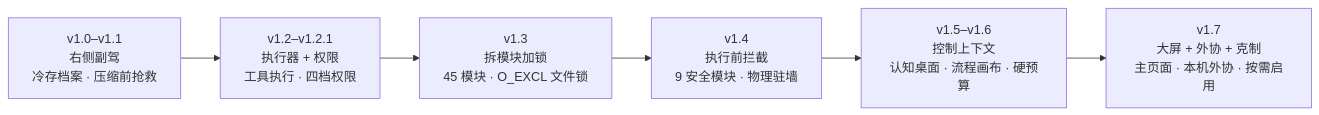
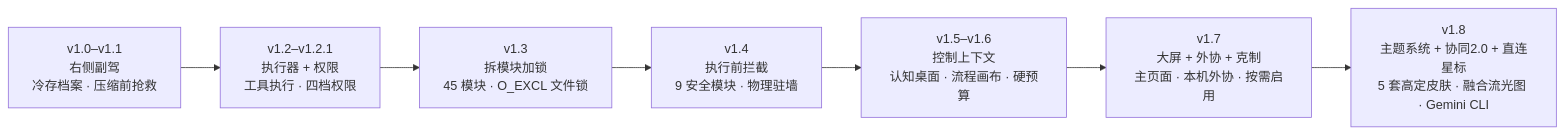
The second of 3 diagrams in data/readmes/gluztm__dsh-chief.md (zqf20096327/ai_collect), drawn with Mermaid before and after one commit. The commit also changed other lines of this file and 3185 other files, not shown here.

````diff
--- a/data/readmes/gluztm__dsh-chief.md
+++ b/data/readmes/gluztm__dsh-chief.md
@@ -236,8 +237,9 @@
 ```mermaid
 flowchart LR
   A["v1.0–v1.1\n右侧副驾\n冷存档案 · 压缩前抢救"] --> B["v1.2–v1.2.1\n执行器 + 权限\n工具执行 · 四档权限"]
   B --> C["v1.3\n拆模块加锁\n45 模块 · O_EXCL 文件锁"]
   C --> D["v1.4\n执行前拦截\n9 安全模块 · 物理驻墙"]
   D --> E["v1.5–v1.6\n控制上下文\n认知桌面 · 流程画布 · 硬预算"]
   E --> F["v1.7\n大屏 + 外协 + 克制\n主页面 · 本机外协 · 按需启用"]
+  F --> G["v1.8\n主题系统 + 协同2.0 + 直连星标\n5 套高定皮肤 · 融合流光图 · Gemini CLI"]
 ```
````
